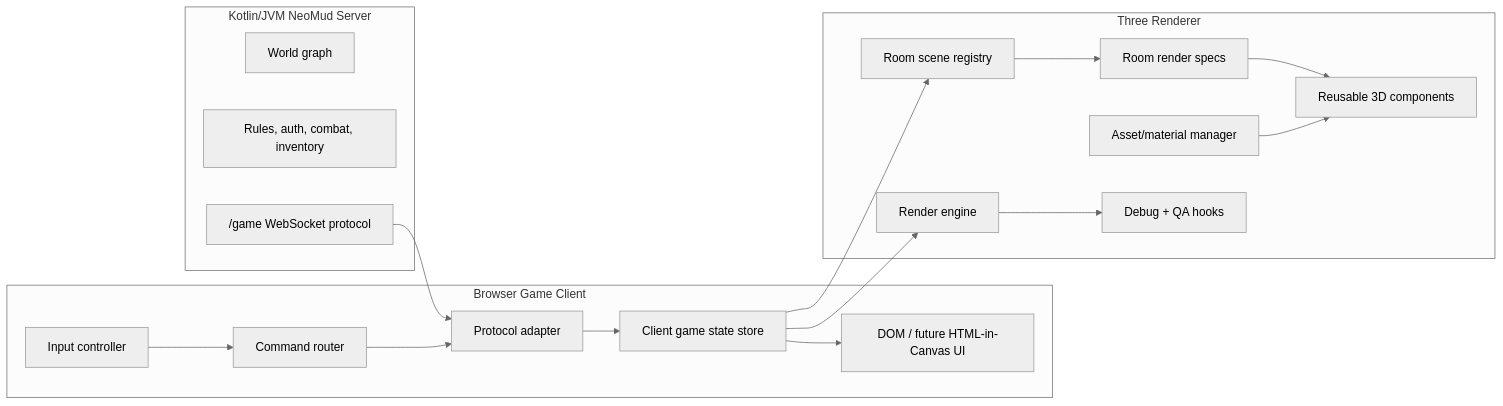
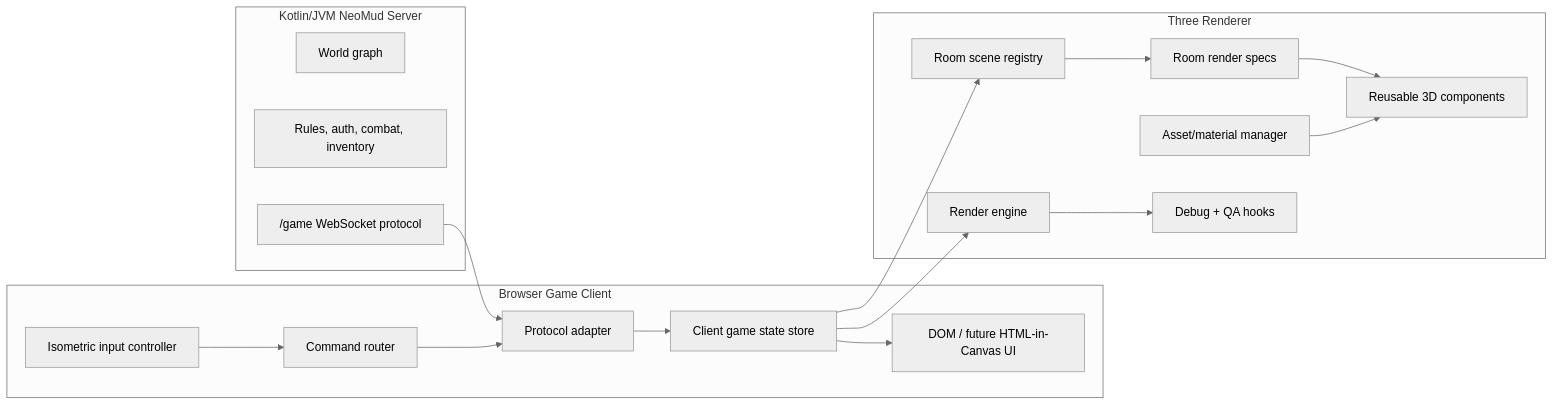
Before and after one commit to alosec/neomud-three: the first of 4 diagrams in memory-bank/practical-reset-sketch.md, drawn with Mermaid (neutral theme). The commit also changed other lines of this file and 4 other files, not shown here.

````diff
--- a/memory-bank/practical-reset-sketch.md
+++ b/memory-bank/practical-reset-sketch.md
@@ -11,33 +23,33 @@
 ```mermaid
 flowchart LR
   subgraph "Kotlin/JVM NeoMud Server"
     World["World graph"]
     Rules["Rules, auth, combat, inventory"]
     Protocol["/game WebSocket protocol"]
   end
 
   subgraph "Browser Game Client"
     Adapter["Protocol adapter"]
     Store["Client game state store"]
     Commands["Command router"]
-    Input["Input controller"]
+    Input["Isometric input controller"]
     UI["DOM / future HTML-in-Canvas UI"]
   end
 
   subgraph "Three Renderer"
     Engine["Render engine"]
     Registry["Room scene registry"]
     Specs["Room render specs"]
     Components["Reusable 3D components"]
     Assets["Asset/material manager"]
     QA["Debug + QA hooks"]
   end
 
   Protocol --> Adapter --> Store
   Store --> Engine
   Input --> Commands --> Adapter
   Store --> UI
   Store --> Registry --> Specs --> Components
   Assets --> Components
   Engine --> QA
 ```
````
